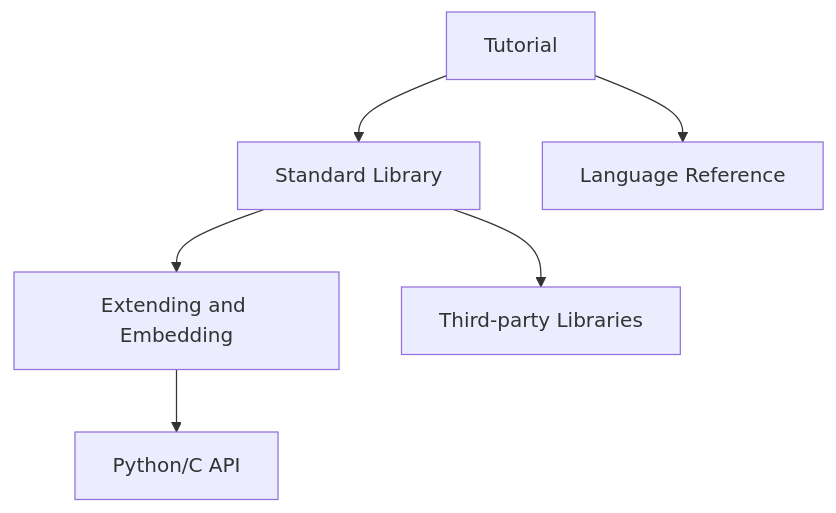
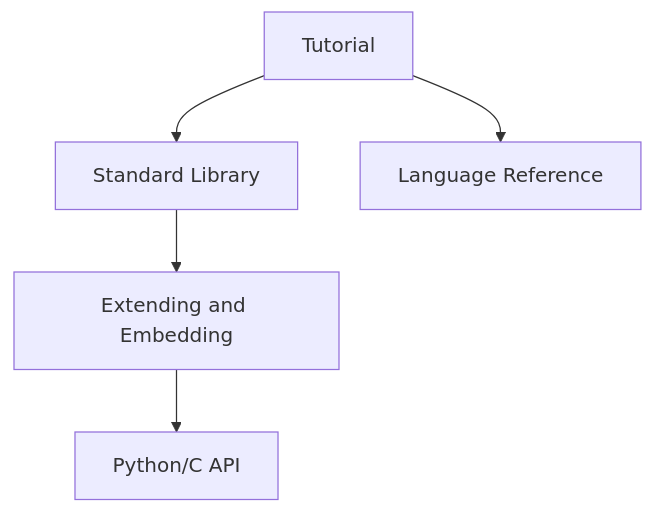
One commit to qgjones9/python-programming-guide changed the diagram in docs/index.md. Above: the diagram before and after it, drawn with Mermaid. The commit also changed other lines of this file and 70 other files, not shown here.

Commit message:
remove third party content

````diff
--- a/docs/index.md
+++ b/docs/index.md
@@ -26,14 +24,12 @@
 ```mermaid
 flowchart TB
     T[Tutorial]
     SL[Standard Library]
     LR[Language Reference]
     EE[Extending and Embedding]
     CAPI[Python/C API]
-    LIB[Third-party Libraries]
     T --> SL
     T --> LR
     SL --> EE
     EE --> CAPI
-    SL --> LIB
 ```
````
